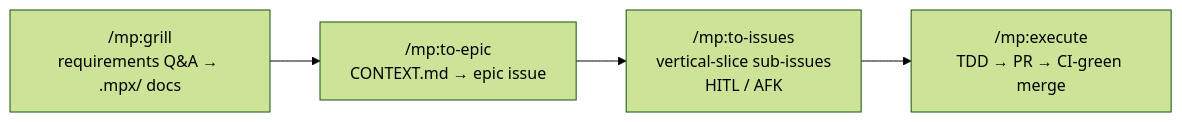
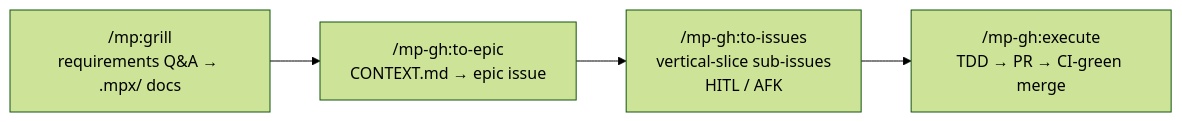
One commit to MartinoPolo/mpx-claude-code changed the first of 2 diagrams in README.md. Above: the diagram before and after it, drawn with Mermaid (forest theme). The commit also changed other lines of this file and 177 other files, not shown here.

````diff
--- a/README.md
+++ b/README.md
@@ -40,8 +61,8 @@
 ```mermaid
 flowchart LR
     grill["/mp:grill<br/>requirements Q&A → .mpx/ docs"]
-    epic["/mp:to-epic<br/>CONTEXT.md → epic issue"]
-    issues["/mp:to-issues<br/>vertical-slice sub-issues<br/>HITL / AFK"]
-    execute["/mp:execute<br/>TDD → PR → CI-green merge"]
+    epic["/mp-gh:to-epic<br/>CONTEXT.md → epic issue"]
+    issues["/mp-gh:to-issues<br/>vertical-slice sub-issues<br/>HITL / AFK"]
+    execute["/mp-gh:execute<br/>TDD → PR → CI-green merge"]
     grill --> epic --> issues --> execute
 ```
````
